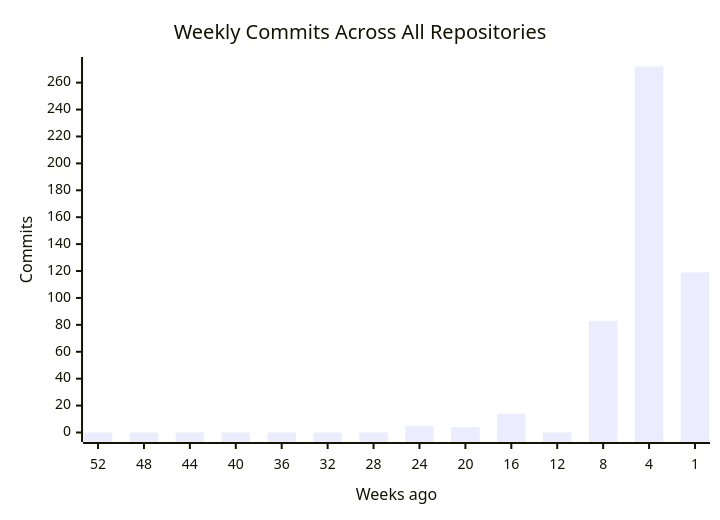
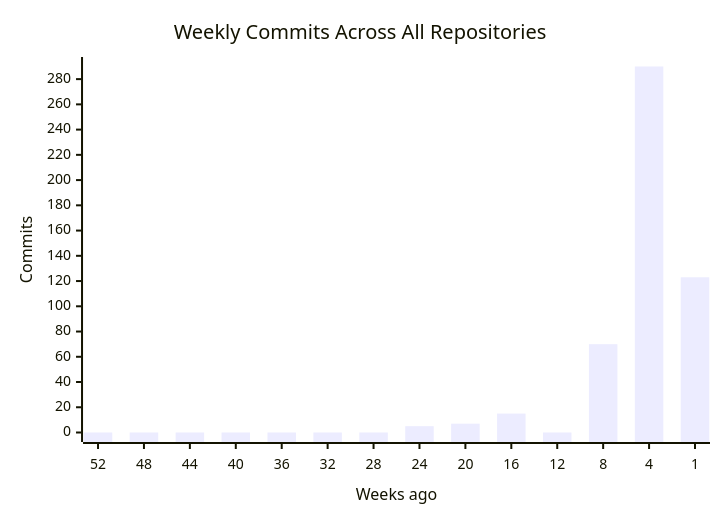
Before and after one commit to CSTH-Projects/.github: the first of 4 diagrams in profile/README.md, drawn with Mermaid. The commit also changed other lines of this file, not shown here.

````diff
--- a/profile/README.md
+++ b/profile/README.md
@@ -16,7 +16,7 @@
 ```mermaid
 xychart-beta
     title "Weekly Commits Across All Repositories"
     x-axis "Weeks ago" [52, 48, 44, 40, 36, 32, 28, 24, 20, 16, 12, 8, 4, 1]
     y-axis "Commits"
-    bar [0, 0, 0, 0, 0, 0, 0, 5, 4, 14, 0, 83, 272, 119]
+    bar [0, 0, 0, 0, 0, 0, 0, 5, 7, 15, 0, 70, 290, 123]
 ```
````
